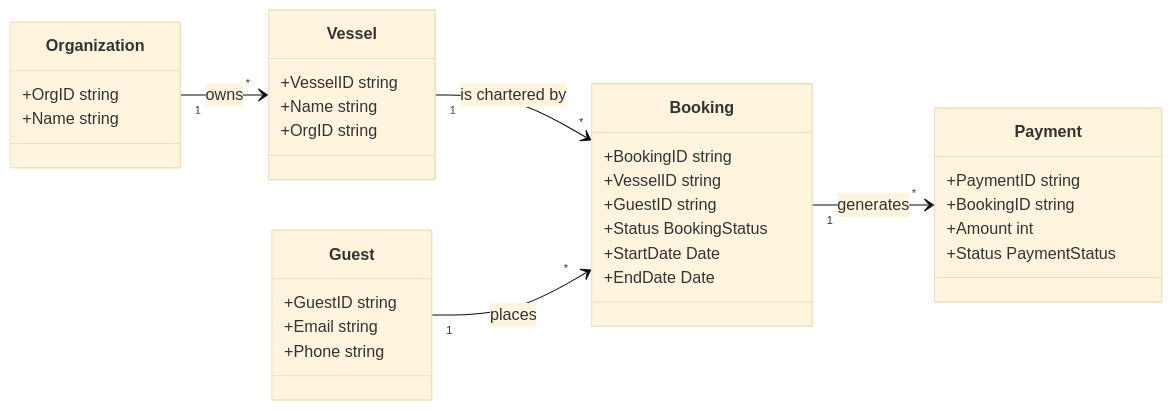
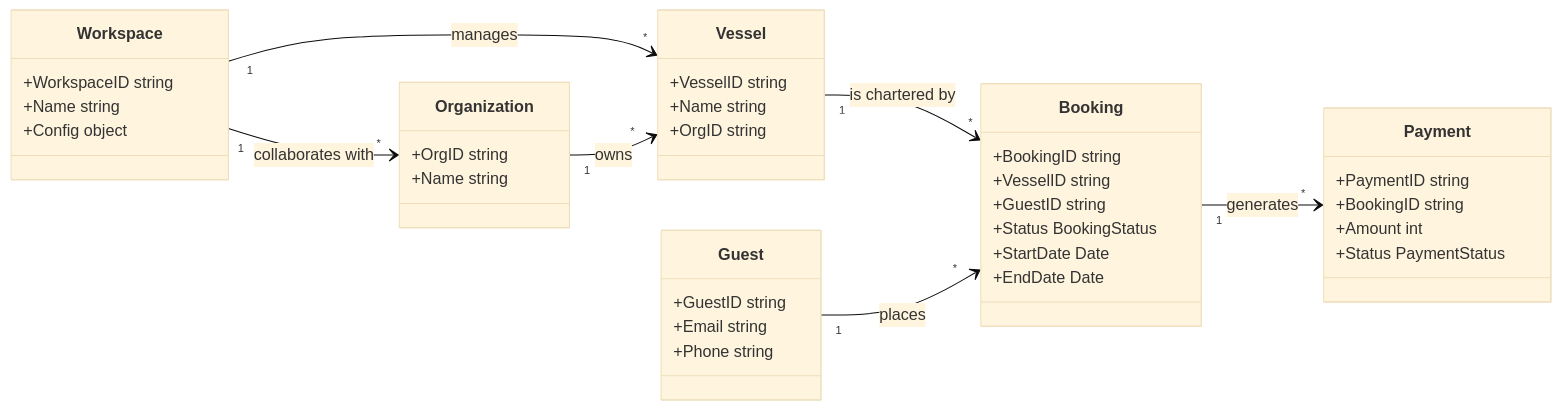
Before and after one commit to ingjoh/my-whiskey-site: the diagram in knowledge/architecture/overview.md, drawn with Mermaid (base theme). The commit also changed other lines of this file and 4 other files, not shown here.

````diff
--- a/knowledge/architecture/overview.md
+++ b/knowledge/architecture/overview.md
@@ -45,37 +45,44 @@
 ```mermaid
 classDiagram
     direction LR
+    class Workspace {
+        +WorkspaceID string
+        +Name string
+        +Config object
+    }
     class Organization {
         +OrgID string
         +Name string
     }
     class Vessel {
         +VesselID string
         +Name string
         +OrgID string
     }
     class Guest {
         +GuestID string
         +Email string
         +Phone string
     }
     class Booking {
         +BookingID string
         +VesselID string
         +GuestID string
         +Status BookingStatus
         +StartDate Date
         +EndDate Date
     }
     class Payment {
         +PaymentID string
         +BookingID string
         +Amount int
         +Status PaymentStatus
     }
 
+    Workspace "1" --> "*" Organization : collaborates with
+    Workspace "1" --> "*" Vessel : manages
     Organization "1" --> "*" Vessel : owns
     Vessel "1" --> "*" Booking : is chartered by
     Guest "1" --> "*" Booking : places
     Booking "1" --> "*" Payment : generates
 ```
````
